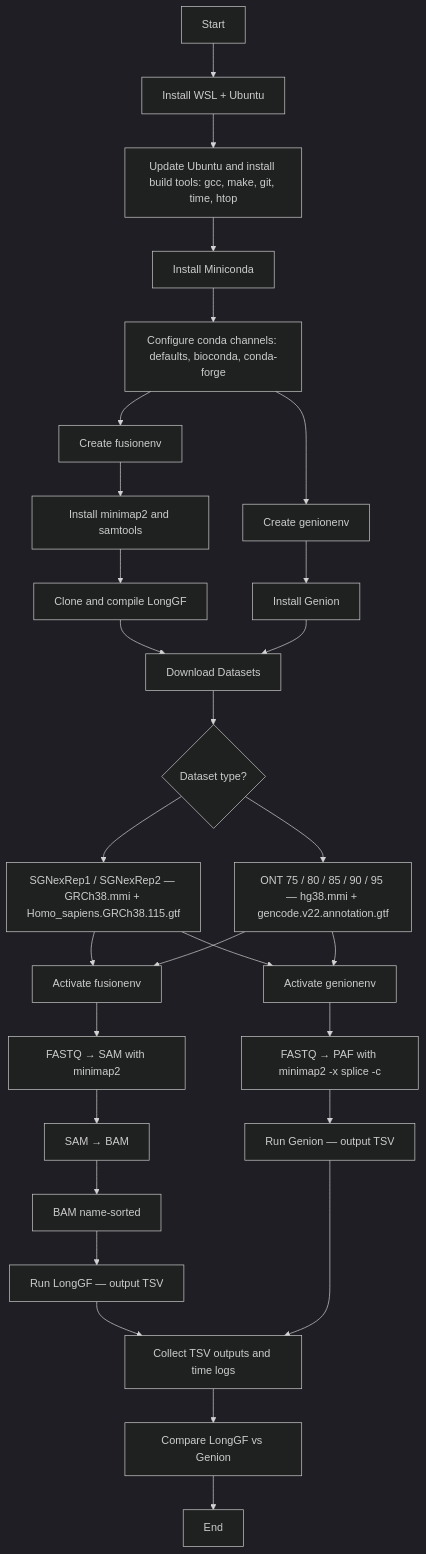
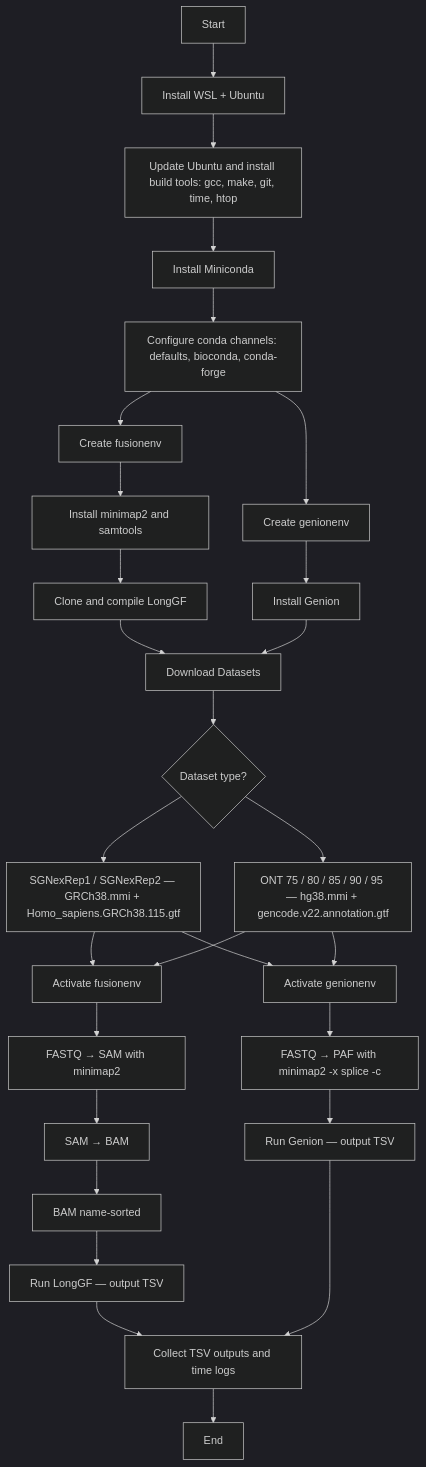
The diagram in FLOWCHART.md (Aaditya-Deshmukh/CS123A-fusion-benchmarking), drawn with Mermaid (dark theme) before and after one commit.

````diff
--- a/FLOWCHART.md
+++ b/FLOWCHART.md
@@ -1,59 +1,58 @@
 ```mermaid
 flowchart TD
 
 A[Start] --> B[Install WSL + Ubuntu]
 
 B --> C[Update Ubuntu and install build tools: gcc, make, git, time, htop]
 
 C --> D[Install Miniconda]
 
 D --> E[Configure conda channels: defaults, bioconda, conda-forge]
 
 E --> F[Create fusionenv]
 
 F --> G[Install minimap2 and samtools]
 
 G --> H[Clone and compile LongGF]
 
 E --> I[Create genionenv]
 
 I --> J[Install Genion]
 
 H --> K[Download Datasets]
 
 J --> K
 
 K --> L{Dataset type?}
 
 L --> M[SGNexRep1 / SGNexRep2 — GRCh38.mmi + Homo_sapiens.GRCh38.115.gtf]
 
 L --> N[ONT 75 / 80 / 85 / 90 / 95 — hg38.mmi + gencode.v22.annotation.gtf]
 
 M --> O[Activate fusionenv]
 
 N --> O
 
 O --> P[FASTQ → SAM with minimap2]
 
 P --> Q[SAM → BAM]
 
 Q --> R[BAM name-sorted]
 
 R --> S[Run LongGF — output TSV]
 
 M --> T[Activate genionenv]
 
 N --> T
 
 T --> U[FASTQ → PAF with minimap2 -x splice -c]
 
 U --> V[Run Genion — output TSV]
 
 S --> W[Collect TSV outputs and time logs]
 
 V --> W
 
-W --> X[Compare LongGF vs Genion]
+W --> X[End]
 
-X --> Y[End]
 ```
````
